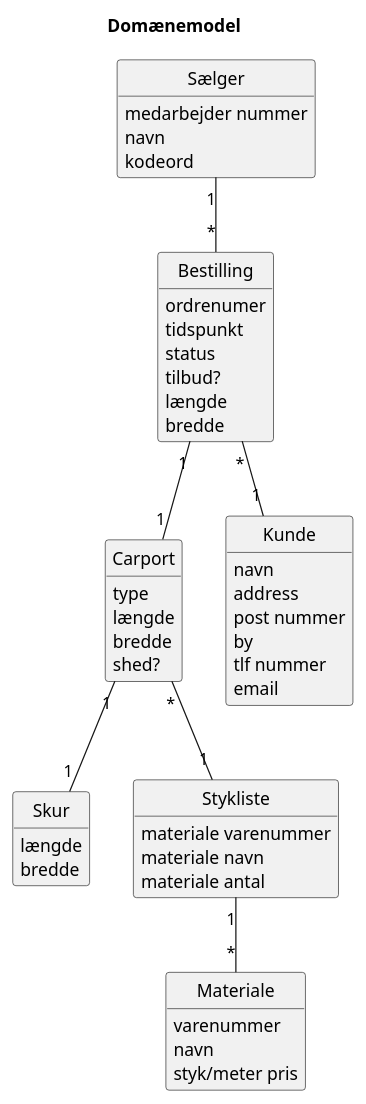
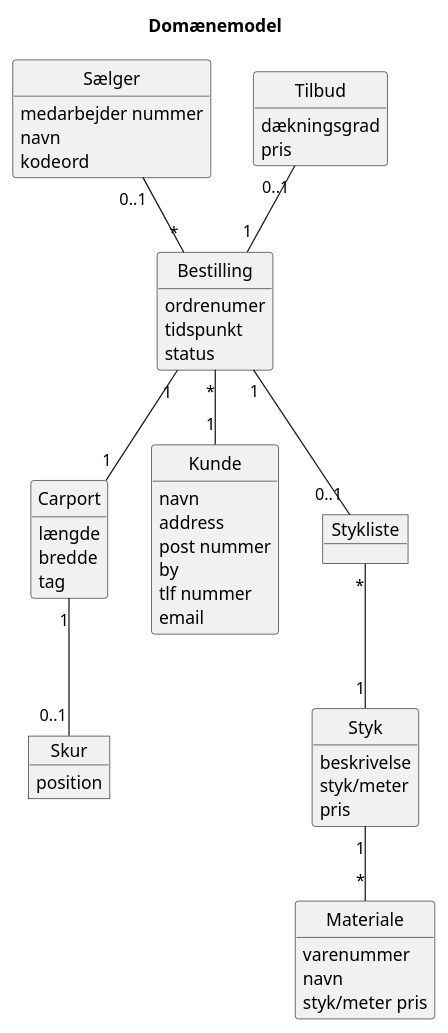
Before and after one commit to codergram/Fog: the diagram in Documentation/UML/CupCake_Domain_Model.puml, drawn with PlantUML.

```diff
--- a/Documentation/UML/CupCake_Domain_Model.puml
+++ b/Documentation/UML/CupCake_Domain_Model.puml
@@ -1,66 +1,70 @@
 @startuml
 Title Domænemodel
 
 hide circle
 hide methods
 
 class Sælger {
     medarbejder nummer
     navn
     kodeord
 }
 
 class Carport {
-    type
     længde
     bredde
-    shed?
+    tag
 }
 
-class Skur {
-    længde
-    bredde
+object Skur {
+    position
 }
 
 class Kunde {
     navn
     address
     post nummer
     by
     tlf nummer
     email
 }
 
 class Bestilling {
     ordrenumer
     tidspunkt
     status
-    tilbud?
-    længde
-    bredde
 }
 
-class Stykliste {
-    materiale varenummer
-    materiale navn
-    materiale antal
-}
+object Stykliste
 
 class Materiale {
     varenummer
     navn
     styk/meter pris
 }
 
+class Styk {
+    beskrivelse
+    styk/meter
+    pris
+}
+
+class Tilbud {
+    dækningsgrad
+    pris
+}
+
 Bestilling "1" -- "1" Carport
-Carport "1" -- "1" Skur
+Carport "1" -- "0..1" Skur
 Bestilling "*" -- "1" Kunde
-Carport "*" -- "1" Stykliste
-Stykliste "1" -- "*" Materiale
-Sælger "1" -- "*" Bestilling
+Bestilling "1" -- "0..1" Stykliste
+Sælger "0..1" -- "*" Bestilling
+Stykliste "*" -- "1" Styk
+Styk "1" -- "*" Materiale
+Tilbud "0..1" -- "1" Bestilling
 
 
 
 
 
 @enduml
```
